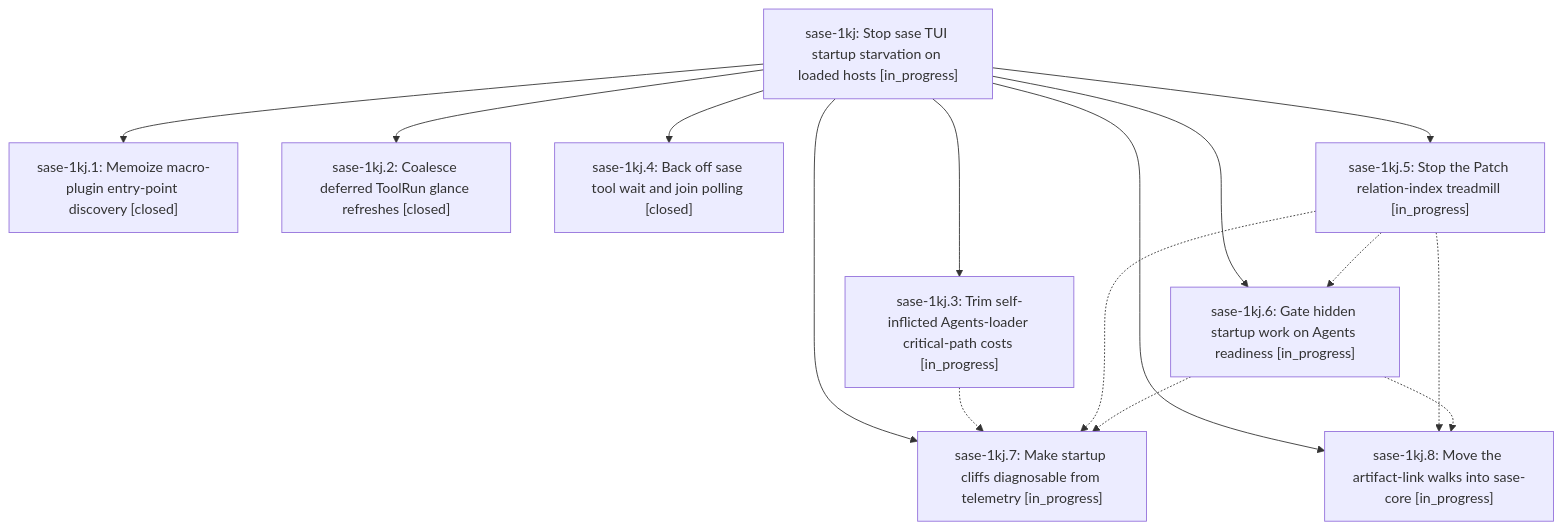
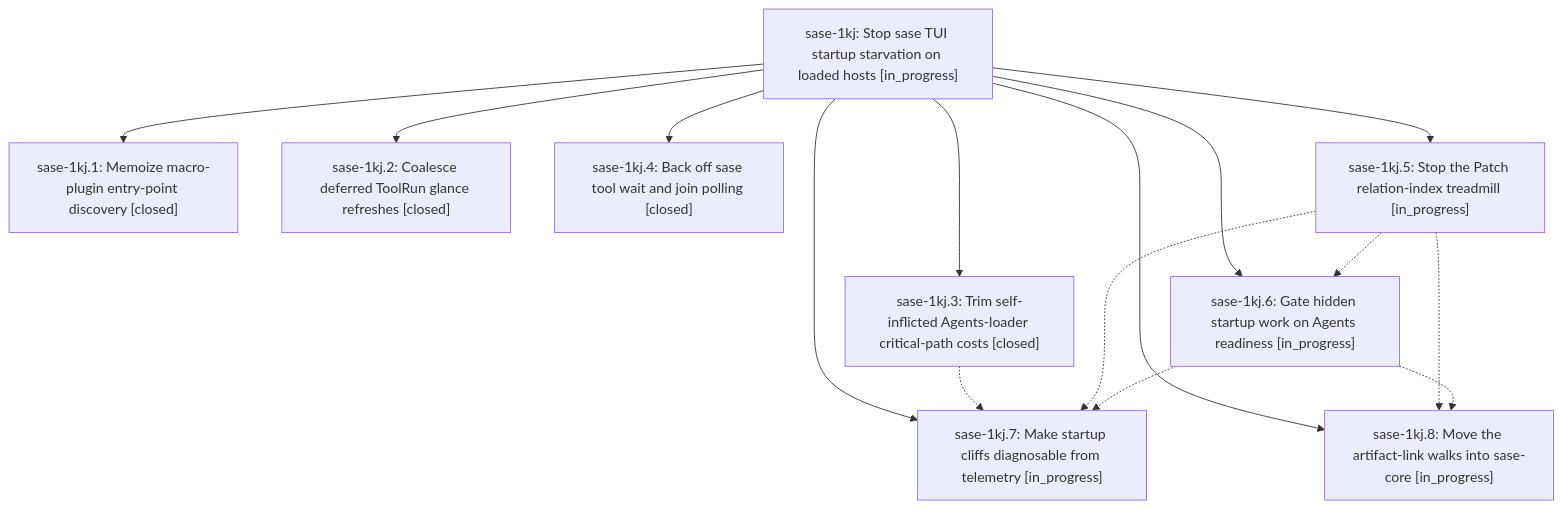
Before and after one commit to sase-org/sase--beads: the diagram in pages/sase-1kj/README.md, drawn with Mermaid. The commit also changed other lines of this file and 3 other files, not shown here.

````diff
--- a/pages/sase-1kj/README.md
+++ b/pages/sase-1kj/README.md
@@ -41,26 +41,26 @@
 ```mermaid
 flowchart TD
     n0["sase-1kj: Stop sase TUI startup starvation on loaded hosts [in_progress]"]
     n1["sase-1kj.1: Memoize macro-plugin entry-point discovery [closed]"]
     n2["sase-1kj.2: Coalesce deferred ToolRun glance refreshes [closed]"]
-    n3["sase-1kj.3: Trim self-inflicted Agents-loader critical-path costs [in_progress]"]
+    n3["sase-1kj.3: Trim self-inflicted Agents-loader critical-path costs [closed]"]
     n4["sase-1kj.4: Back off sase tool wait and join polling [closed]"]
     n5["sase-1kj.5: Stop the Patch relation-index treadmill [in_progress]"]
     n6["sase-1kj.6: Gate hidden startup work on Agents readiness [in_progress]"]
     n7["sase-1kj.7: Make startup cliffs diagnosable from telemetry [in_progress]"]
     n8["sase-1kj.8: Move the artifact-link walks into sase-core [in_progress]"]
     n0 --> n1
     n0 --> n2
     n0 --> n3
     n0 --> n4
     n0 --> n5
     n0 --> n6
     n0 --> n7
     n0 --> n8
     n3 -.-> n7
     n5 -.-> n6
     n5 -.-> n7
     n5 -.-> n8
     n6 -.-> n7
     n6 -.-> n8
 ```
````
